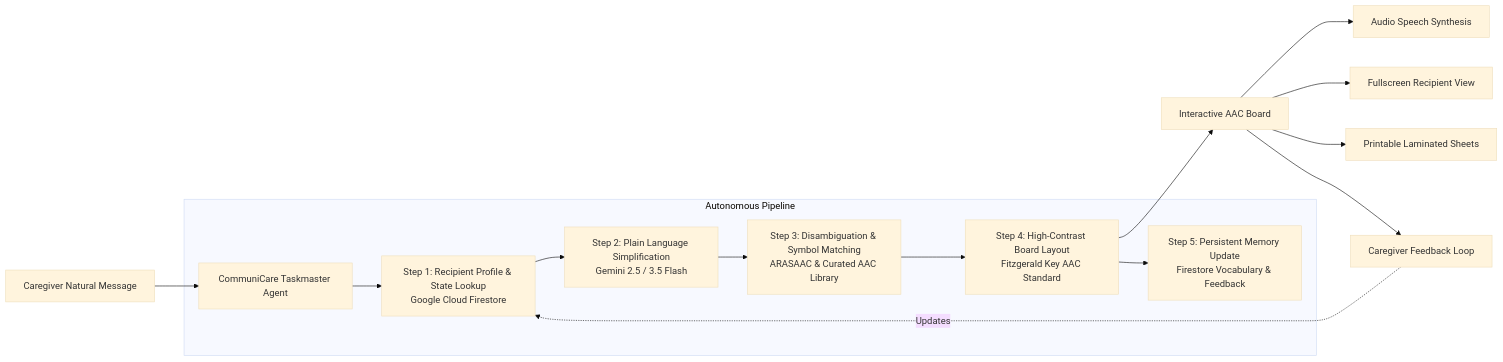
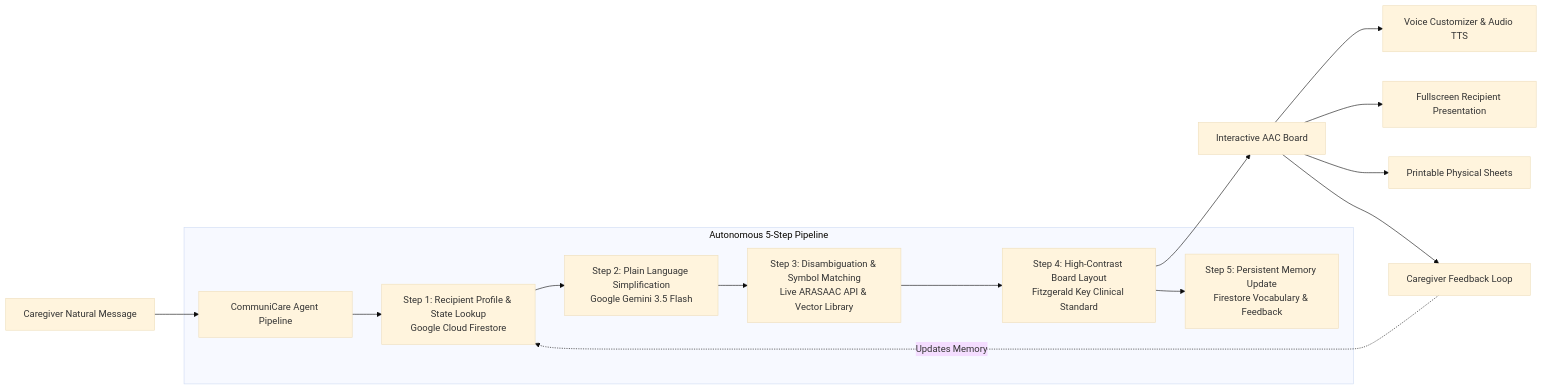
The diagram in README.md (Datwebguy/CommuniCare), drawn with Mermaid (base theme) before and after one commit. The commit also changed other lines of this file and 9 other files, not shown here.

Commit message:
docs: bring repo into full hackathon compliance with Gemini 3.5 Flash, Google GenAI SDK docs, visual architecture diagram, and ARASAAC attribution

````diff
--- a/README.md
+++ b/README.md
@@ -29,19 +45,19 @@
 ```mermaid
 flowchart LR
-    A[Caregiver Natural Message] --> B[CommuniCare Taskmaster Agent]
+    A[Caregiver Natural Message] --> B[CommuniCare Agent Pipeline]
     
-    subgraph Autonomous Pipeline
+    subgraph Autonomous 5-Step Pipeline
         B --> S1[Step 1: Recipient Profile & State Lookup<br/>Google Cloud Firestore]
-        S1 --> S2[Step 2: Plain Language Simplification<br/>Gemini 2.5 / 3.5 Flash]
-        S2 --> S3[Step 3: Disambiguation & Symbol Matching<br/>ARASAAC & Curated AAC Library]
-        S3 --> S4[Step 4: High-Contrast Board Layout<br/>Fitzgerald Key AAC Standard]
+        S1 --> S2[Step 2: Plain Language Simplification<br/>Google Gemini 3.5 Flash]
+        S2 --> S3[Step 3: Disambiguation & Symbol Matching<br/>Live ARASAAC API & Vector Library]
+        S3 --> S4[Step 4: High-Contrast Board Layout<br/>Fitzgerald Key Clinical Standard]
         S4 --> S5[Step 5: Persistent Memory Update<br/>Firestore Vocabulary & Feedback]
     end
     
     S4 --> C[Interactive AAC Board]
-    C --> D[Audio Speech Synthesis]
-    C --> E[Fullscreen Recipient View]
-    C --> F[Printable Laminated Sheets]
+    C --> D[Voice Customizer & Audio TTS]
+    C --> E[Fullscreen Recipient Presentation]
+    C --> F[Printable Physical Sheets]
     C --> G[Caregiver Feedback Loop]
-    G -. Updates .-> S1
+    G -. Updates Memory .-> S1
 ```
````
